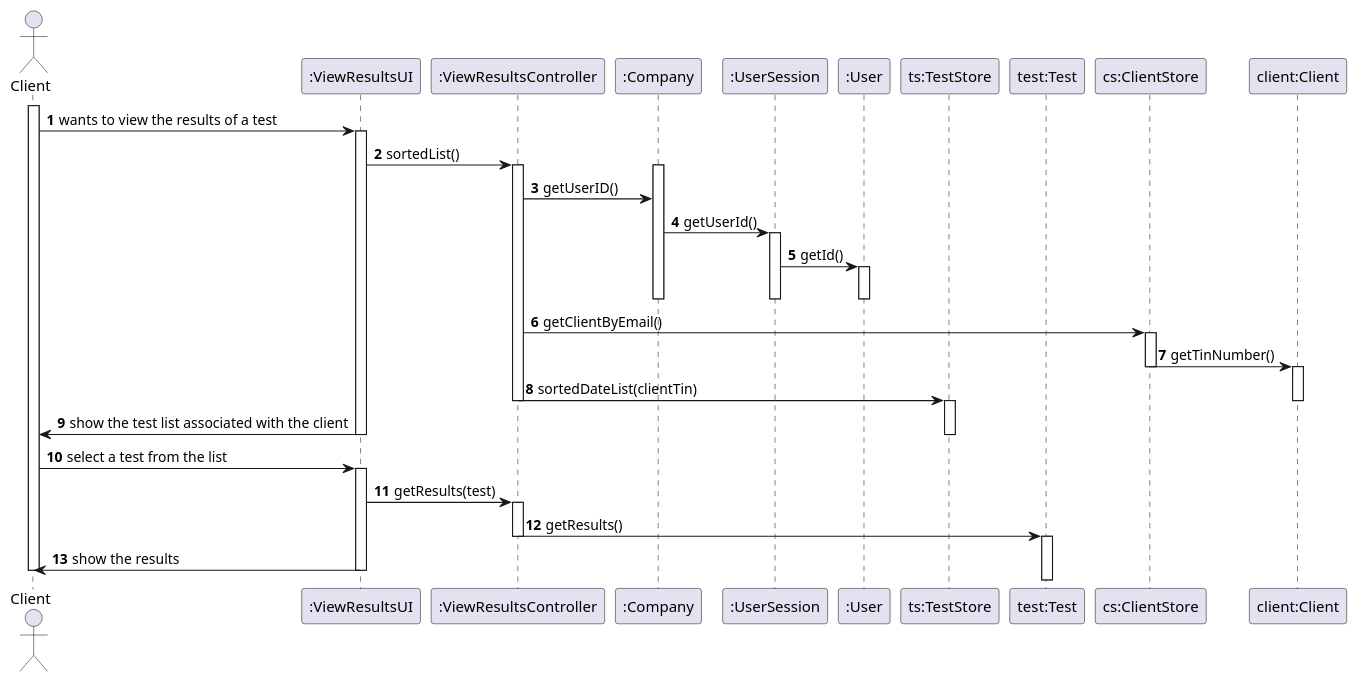
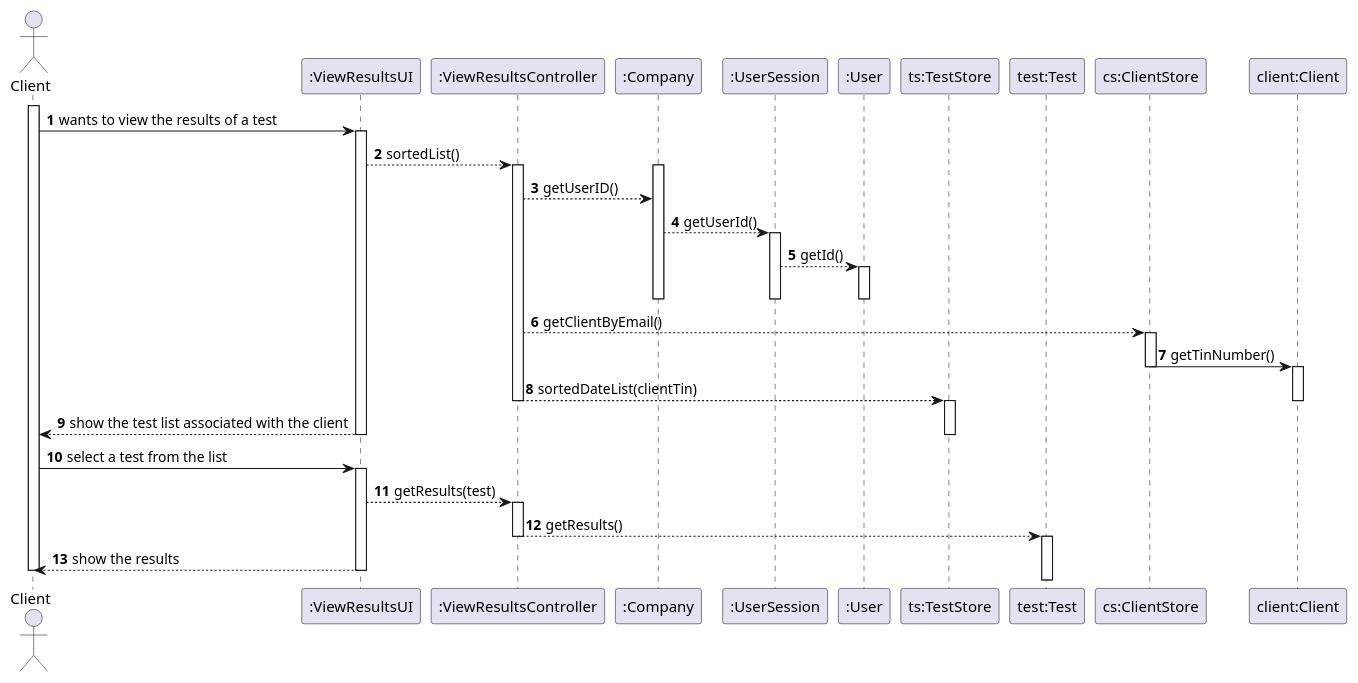
One commit to MarianaCLages/LAPR2 changed the diagram in docs/SprintD/US01/US1_SD.puml. Above: the diagram before and after it, drawn with PlantUML. The commit also changed 10 other files, not shown here.

```diff
--- a/docs/SprintD/US01/US1_SD.puml
+++ b/docs/SprintD/US01/US1_SD.puml
@@ -1,76 +1,76 @@
 @startuml
 autonumber
 actor Client as C
 participant ":ViewResultsUI" as UI
 participant ":ViewResultsController" as CTRL
 participant ":Company" as company
 participant ":UserSession" as US
 participant ":User" as U
 participant "ts:TestStore" as tt
 participant "test:Test" as t
 participant "cs:ClientStore" as cc
 participant "client:Client" as c
 
 
 
 activate C
 C -> UI: wants to view the results of a test
 
 activate UI
-UI -> CTRL :sortedList()
+UI --> CTRL :sortedList()
 activate CTRL
 
 activate company
 
 
 
-CTRL -> company: getUserID()
+CTRL --> company: getUserID()
 deactivate c
-company -> US: getUserId()
+company --> US: getUserId()
 activate US
-US -> U: getId()
+US --> U: getId()
 activate U
 deactivate U
 deactivate US
 deactivate company
-CTRL -> cc: getClientByEmail()
+CTRL --> cc: getClientByEmail()
 
 activate cc
 cc -> c: getTinNumber()
 deactivate cc
 
 activate c
 
-CTRL -> tt: sortedDateList(clientTin)
+CTRL --> tt: sortedDateList(clientTin)
 deactivate c
 
 activate tt
 
 
 
 deactivate CTRL
-UI -> C: show the test list associated with the client
+UI --> C: show the test list associated with the client
 deactivate tt
 
 
 deactivate UI
 
 C -> UI: select a test from the list
 activate UI
-UI -> CTRL: getResults(test)
+UI --> CTRL: getResults(test)
 activate CTRL
-CTRL -> t: getResults()
+CTRL --> t: getResults()
 deactivate CTRL
 activate t
 deactivate t
 
-UI -> C: show the results
+UI --> C: show the results
 deactivate UI
 
 
 
 
 
 deactivate UI
 deactivate C
 @enduml
```
